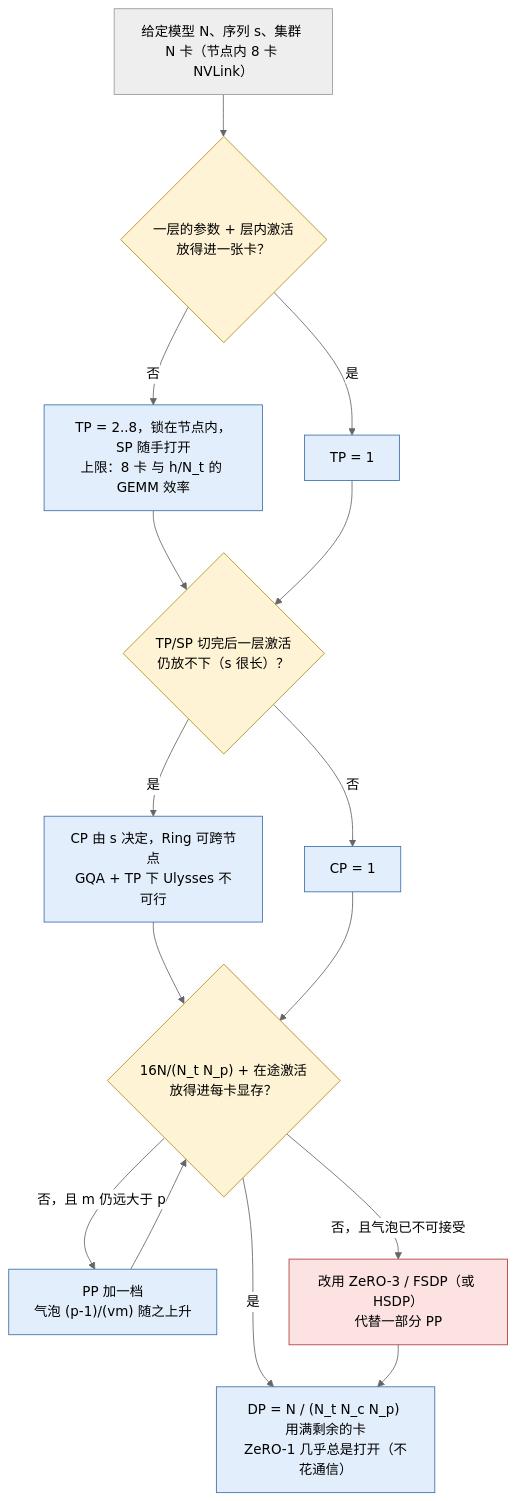
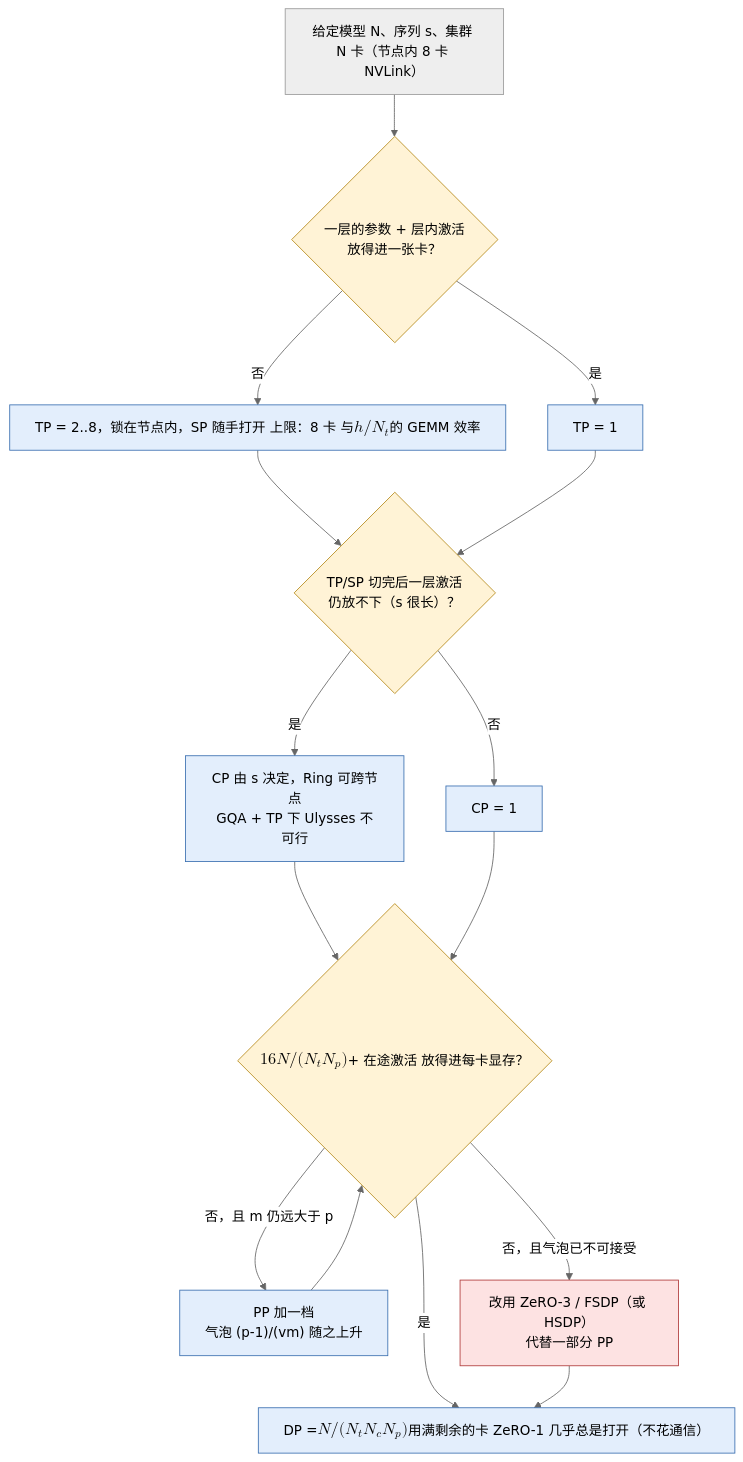
The second of 2 diagrams in _posts/2026-07-17-parallelism-strategies-which-state-to-shard.md (arganzheng/arganzheng.github.com), drawn with Mermaid (neutral theme) before and after one commit.

Commit message:
并行策略：Mermaid 伪公式改用 KaTeX
并行度决策图里的 h/N_t、16N/(N_t N_p)、N / (N_t N_c N_p) 改为 $$…$$，与正文 $$N_t$$ 等写法一致。

````diff
--- a/_posts/2026-07-17-parallelism-strategies-which-state-to-shard.md
+++ b/_posts/2026-07-17-parallelism-strategies-which-state-to-shard.md
@@ -887,24 +887,24 @@
 ```mermaid
 %% 图：并行组合顺序 TP → CP → PP → DP：每步都是「放得下吗」的判断，PP 气泡不可接受时改用 ZeRO-3 / FSDP
 flowchart TB
     S["给定模型 N、序列 s、集群 N 卡（节点内 8 卡 NVLink）"] --> Q1{"一层的参数 + 层内激活<br/>放得进一张卡？"}
-    Q1 -->|"否"| T["TP = 2..8，锁在节点内，SP 随手打开<br/>上限：8 卡 与 h/N_t 的 GEMM 效率"]
+    Q1 -->|"否"| T["TP = 2..8，锁在节点内，SP 随手打开<br/>上限：8 卡 与 $$h/N_t$$ 的 GEMM 效率"]
     Q1 -->|"是"| T1["TP = 1"]
     T --> Q2{"TP/SP 切完后一层激活<br/>仍放不下（s 很长）？"}
     T1 --> Q2
     Q2 -->|"是"| C["CP 由 s 决定，Ring 可跨节点<br/>GQA + TP 下 Ulysses 不可行"]
     Q2 -->|"否"| C1["CP = 1"]
-    C --> Q3{"16N/(N_t N_p) + 在途激活<br/>放得进每卡显存？"}
+    C --> Q3{"$$16N/(N_t N_p)$$ + 在途激活<br/>放得进每卡显存？"}
     C1 --> Q3
     Q3 -->|"否，且 m 仍远大于 p"| P["PP 加一档<br/>气泡 (p-1)/(vm) 随之上升"]
     P --> Q3
     Q3 -->|"否，且气泡已不可接受"| Z["改用 ZeRO-3 / FSDP（或 HSDP）<br/>代替一部分 PP"]
-    Q3 -->|"是"| D["DP = N / (N_t N_c N_p) 用满剩余的卡<br/>ZeRO-1 几乎总是打开（不花通信）"]
+    Q3 -->|"是"| D["DP = $$N / (N_t N_c N_p)$$ 用满剩余的卡<br/>ZeRO-1 几乎总是打开（不花通信）"]
     Z --> D
     classDef q fill:#fff3d6,stroke:#b58a1a;
     classDef act fill:#e3eefc,stroke:#3a6fb0;
     classDef fb fill:#fde2e2,stroke:#b03a3a;
     class Q1,Q2,Q3 q;
     class T,T1,C,C1,P,D act;
     class Z fb;
 ```
````
